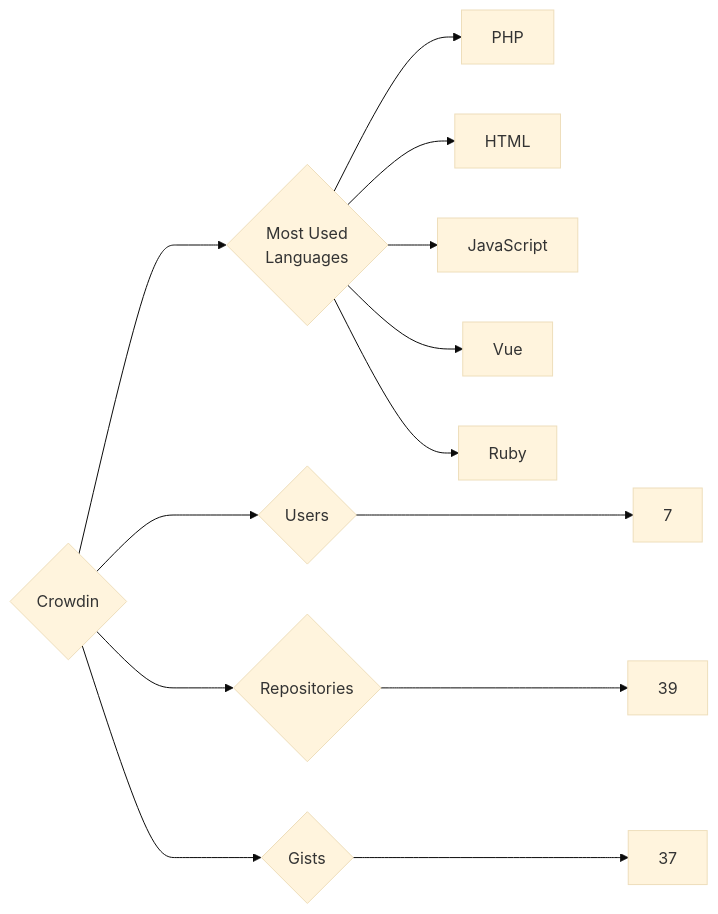
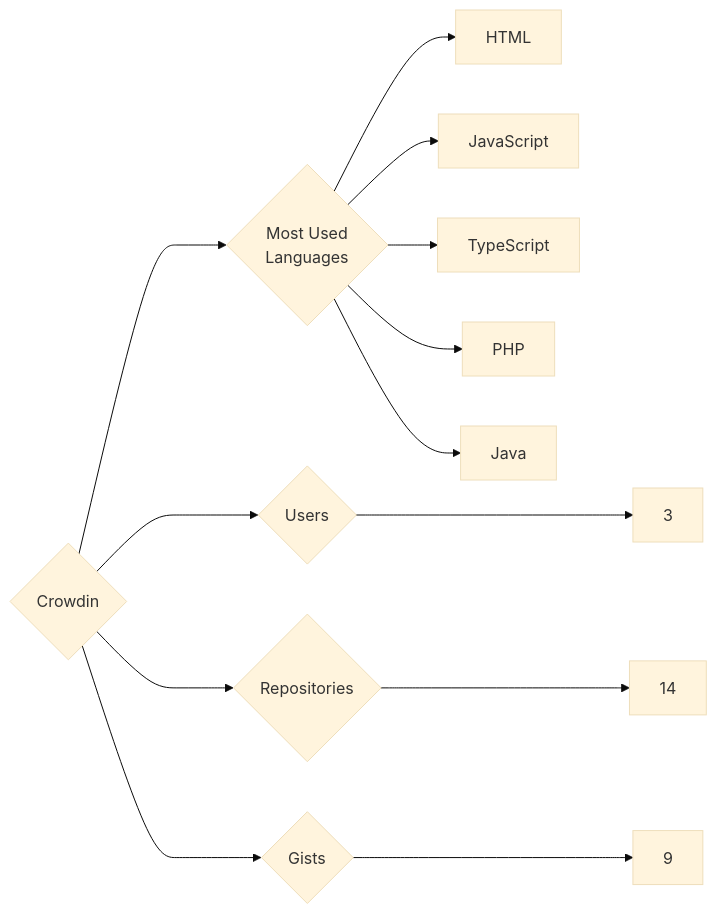
The diagram in targets/Crowdin/README.md (trickest/insiders), drawn with Mermaid (base theme) before and after one commit. The commit also changed 914 other files, not shown here.

````diff
--- a/targets/Crowdin/README.md
+++ b/targets/Crowdin/README.md
@@ -3,13 +3,13 @@
 ```mermaid
 graph LR
 COMPANY_NAME{Crowdin}
-COMPANY_NAME ---> U{Users} ---> UN[7]
-COMPANY_NAME ---> R{Repositories} ---> RN[39]
-COMPANY_NAME ---> G{Gists} ---> GN[37]
+COMPANY_NAME ---> U{Users} ---> UN[3]
+COMPANY_NAME ---> R{Repositories} ---> RN[14]
+COMPANY_NAME ---> G{Gists} ---> GN[9]
 COMPANY_NAME ---> ML{Most Used<br>Languages}
-ML --> PHP[PHP]
 ML --> HTML[HTML]
 ML --> JavaScript[JavaScript]
-ML --> Vue[Vue]
-ML --> Ruby[Ruby]
+ML --> TypeScript[TypeScript]
+ML --> PHP[PHP]
+ML --> Java[Java]
 ```
````
